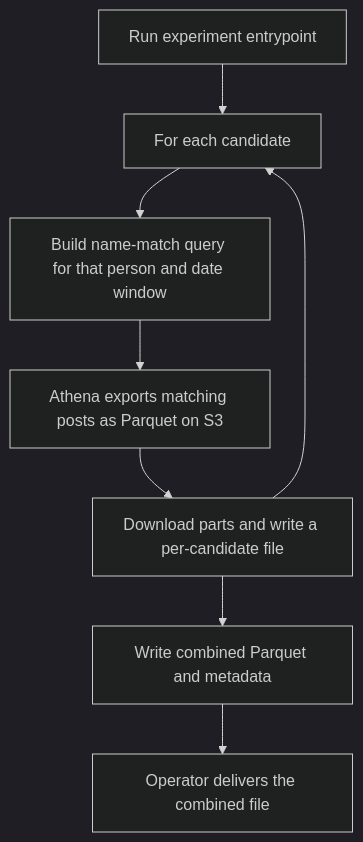
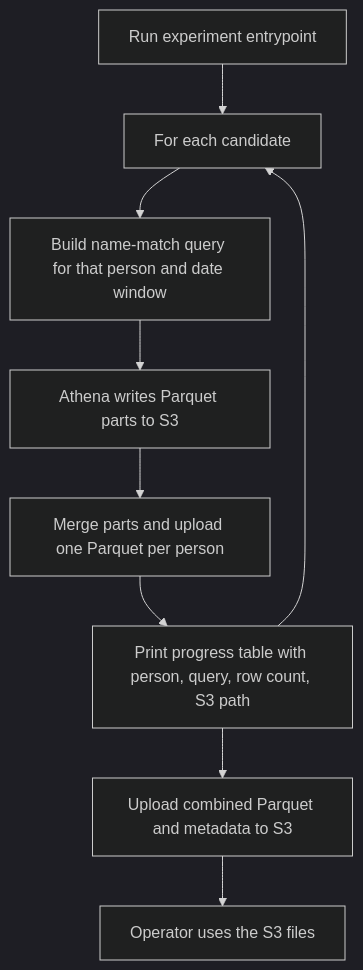
The diagram in docs/plans/2026-09-09_democratic_candidate_posts_b4c201/plan.md (METResearchGroup/lab_data_integrations_interface), drawn with Mermaid (dark theme) before and after one commit. The commit also changed other lines of this file and 5 other files, not shown here.

First line of the commit message:
Update candidate-post plan with S3 layout and progress table

````diff
--- a/docs/plans/2026-09-09_democratic_candidate_posts_b4c201/plan.md
+++ b/docs/plans/2026-09-09_democratic_candidate_posts_b4c201/plan.md
@@ -22,10 +22,11 @@
 ```mermaid
 flowchart TD
   start[Run experiment entrypoint] --> perCandidate[For each candidate]
   perCandidate --> sql[Build name-match query for that person and date window]
-  sql --> athena[Athena exports matching posts as Parquet on S3]
-  athena --> download[Download parts and write a per-candidate file]
-  download --> perCandidate
-  download --> compile[Write combined Parquet and metadata]
-  compile --> done[Operator delivers the combined file]
+  sql --> athena[Athena writes Parquet parts to S3]
+  athena --> merge[Merge parts and upload one Parquet per person]
+  merge --> table[Print progress table with person, query, row count, S3 path]
+  table --> perCandidate
+  table --> compile[Upload combined Parquet and metadata to S3]
+  compile --> done[Operator uses the S3 files]
 ```
````
